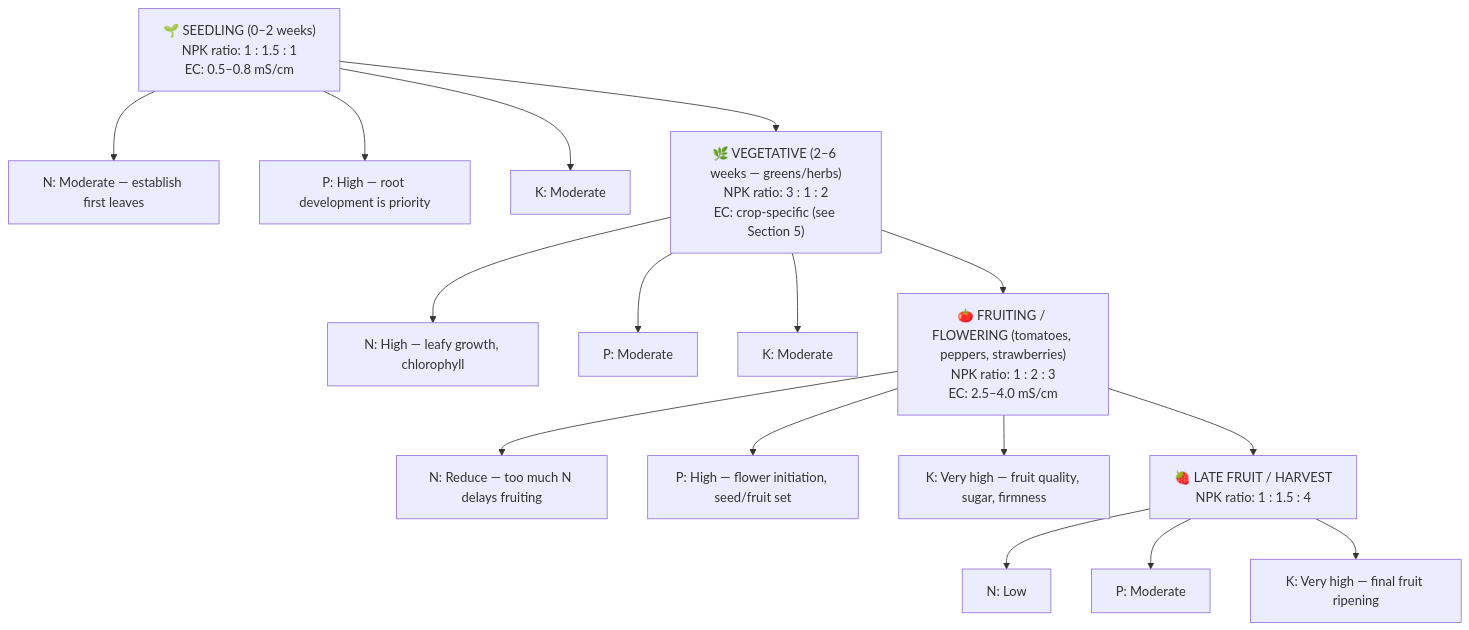
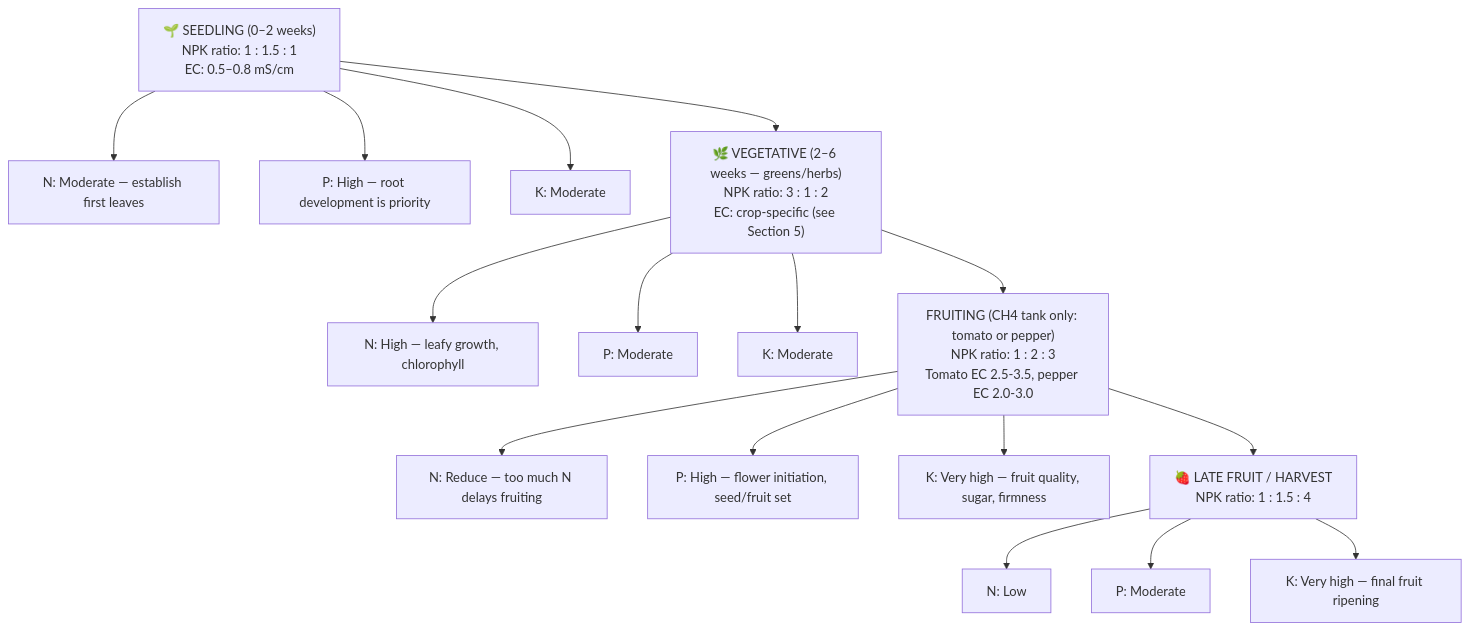
One commit to UncleJS/guide_hydroponics changed the first of 4 diagrams in guide/nft/02-nutrient-solution.md. Above: the diagram before and after it, drawn with Mermaid. The commit also changed other lines of this file and 35 other files, not shown here.

````diff
--- a/guide/nft/02-nutrient-solution.md
+++ b/guide/nft/02-nutrient-solution.md
@@ -119,24 +121,24 @@
 ```mermaid
 flowchart TD
     A["🌱 SEEDLING (0–2 weeks)<br/>NPK ratio: 1 : 1.5 : 1<br/>EC: 0.5–0.8 mS/cm"]
     A --> AN["N: Moderate — establish first leaves"]
     A --> AP["P: High — root development is priority"]
     A --> AK["K: Moderate"]
 
     B["🌿 VEGETATIVE (2–6 weeks — greens/herbs)<br/>NPK ratio: 3 : 1 : 2<br/>EC: crop-specific (see Section 5)"]
     B --> BN["N: High — leafy growth, chlorophyll"]
     B --> BP["P: Moderate"]
     B --> BK["K: Moderate"]
 
-    C["🍅 FRUITING / FLOWERING (tomatoes, peppers, strawberries)<br/>NPK ratio: 1 : 2 : 3<br/>EC: 2.5–4.0 mS/cm"]
+    C["FRUITING (CH4 tank only: tomato or pepper)<br/>NPK ratio: 1 : 2 : 3<br/>Tomato EC 2.5-3.5, pepper EC 2.0-3.0"]
     C --> CN["N: Reduce — too much N delays fruiting"]
     C --> CP["P: High — flower initiation, seed/fruit set"]
     C --> CK["K: Very high — fruit quality, sugar, firmness"]
 
     D["🍓 LATE FRUIT / HARVEST<br/>NPK ratio: 1 : 1.5 : 4"]
     D --> DN["N: Low"]
     D --> DP["P: Moderate"]
     D --> DK["K: Very high — final fruit ripening"]
 
     A --> B --> C --> D
 ```
````
